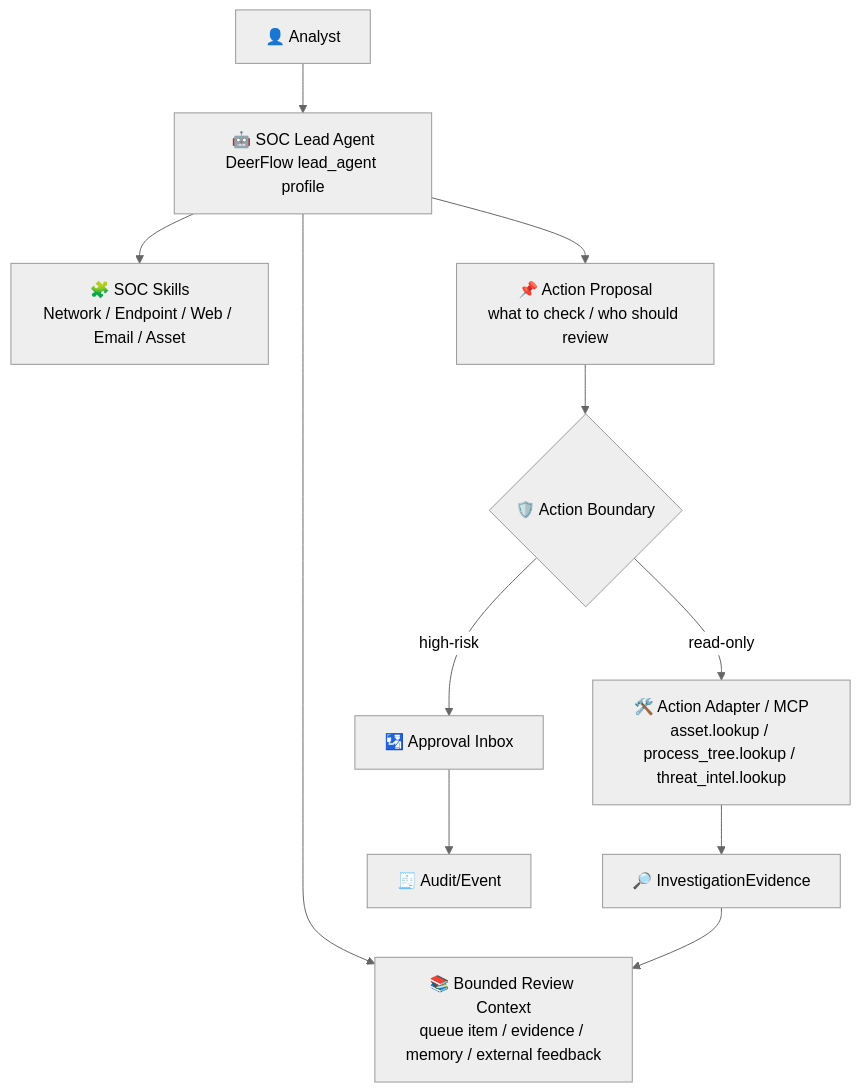
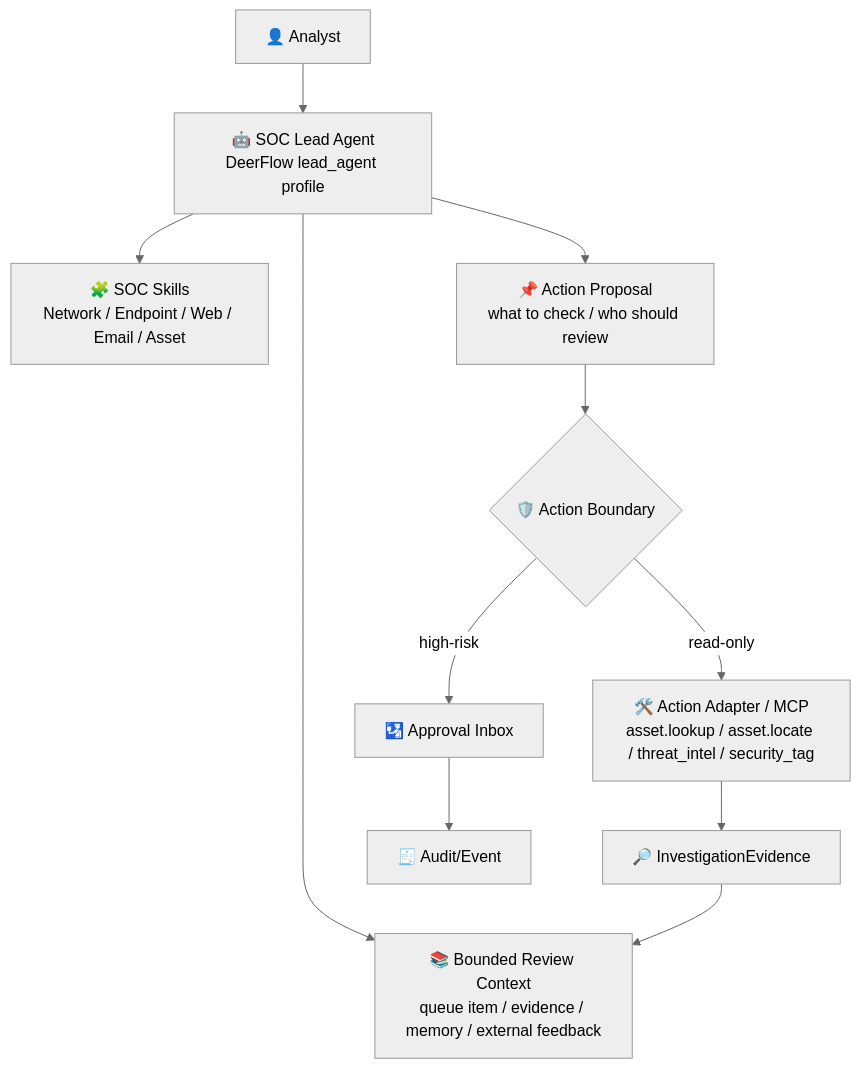
The eighth of 15 diagrams in .notes/ai_soc/soc-agent-solution.md (yydspanda/deer-flow), drawn with Mermaid (neutral theme) before and after one commit. The commit also changed other lines of this file and 27 other files, not shown here.

````diff
--- a/.notes/ai_soc/soc-agent-solution.md
+++ b/.notes/ai_soc/soc-agent-solution.md
@@ -827,13 +827,13 @@
 ```mermaid
 flowchart TD
     Analyst["👤 Analyst"] --> Lead["🤖 SOC Lead Agent<br/>DeerFlow lead_agent profile"]
     Lead --> Context["📚 Bounded Review Context<br/>queue item / evidence / memory / external feedback"]
     Lead --> Skill["🧩 SOC Skills<br/>Network / Endpoint / Web / Email / Asset"]
     Lead --> Proposal["📌 Action Proposal<br/>what to check / who should review"]
     Proposal --> Router{"🛡️ Action Boundary"}
-    Router -->|"read-only"| Adapter["🛠️ Action Adapter / MCP<br/>asset.lookup / process_tree.lookup / threat_intel.lookup"]
+    Router -->|"read-only"| Adapter["🛠️ Action Adapter / MCP<br/>asset.lookup / asset.locate / threat_intel / security_tag"]
     Router -->|"high-risk"| Approval["🛂 Approval Inbox"]
     Adapter --> Evidence["🔎 InvestigationEvidence"]
     Evidence --> Context
     Approval --> Audit["🧾 Audit/Event"]
 ```
````
